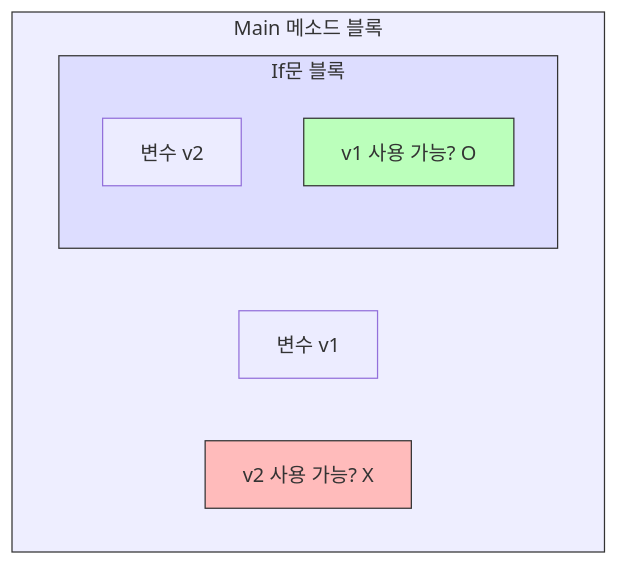
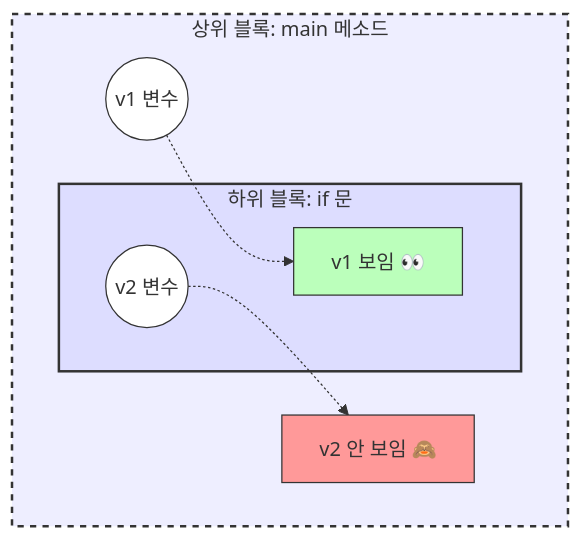
The diagram in src/basic/variable/scope/index.md (jinydev/java), drawn with Mermaid before and after one commit. The commit also changed other lines of this file and 400 other files, not shown here.

````diff
--- a/src/basic/variable/scope/index.md
+++ b/src/basic/variable/scope/index.md
@@ -28,18 +30,23 @@
 ```mermaid
 graph TD
-    subgraph MainBlock [Main 메소드 블록]
-        v1[변수 v1]
+    subgraph Main [상위 블록: main 메소드]
+        v1((v1 변수))
         
-        subgraph IfBlock [If문 블록]
-            v2[변수 v2]
-            Access1[v1 사용 가능? O]
+        subgraph Sub [하위 블록: if 문]
+            v2((v2 변수))
+            Access1[v1 보임 👀]
         end
         
-        Access2[v2 사용 가능? X]
+        Access2[v2 안 보임 🙈]
     end
     
-    style MainBlock fill:#eef,stroke:#333
-    style IfBlock fill:#ddf,stroke:#333
+    v1 -.-> Access1
+    v2 -.-> Access2
+    
+    style Main fill:#eef,stroke:#333,stroke-width:2px,stroke-dasharray: 5 5
+    style Sub fill:#ddf,stroke:#333,stroke-width:2px
+    style v1 fill:#fff,stroke:#333
+    style v2 fill:#fff,stroke:#333
     style Access1 fill:#bfb,stroke:#333
-    style Access2 fill:#fbb,stroke:#333
+    style Access2 fill:#f99,stroke:#333
 ```
````
